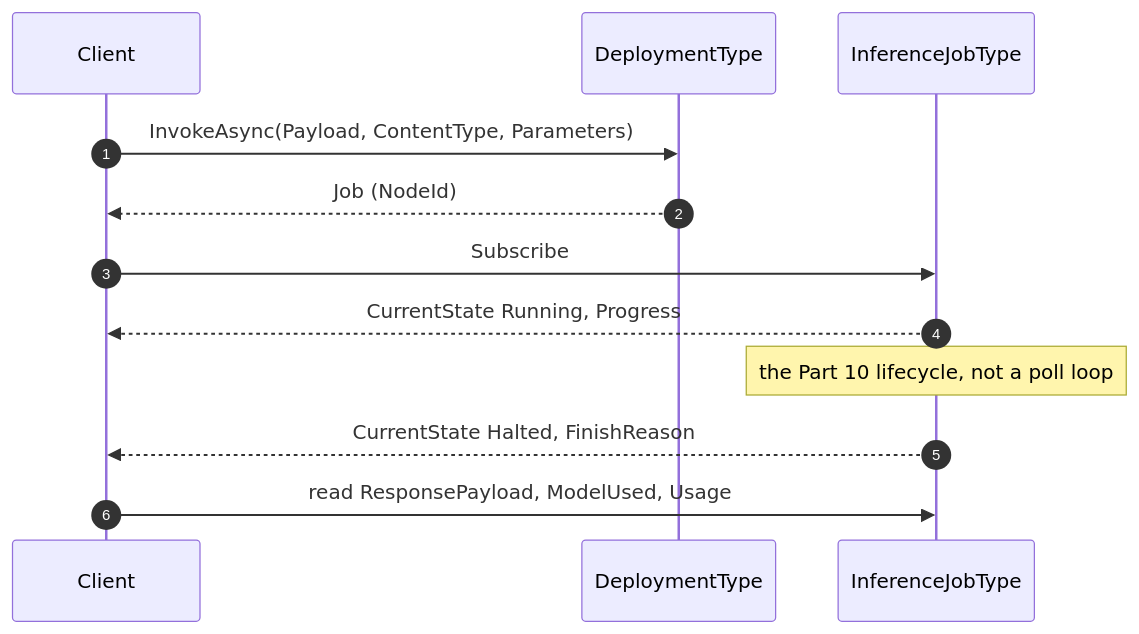
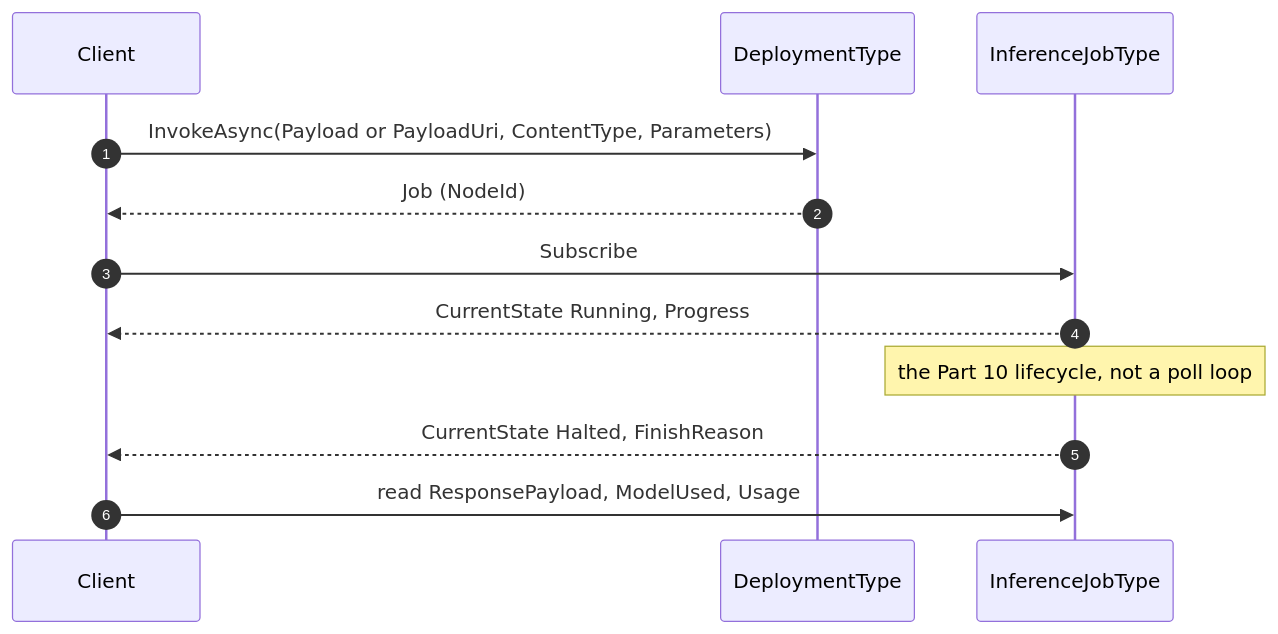
Diagram 13 of 16 in metaverse-specs/ai-model-management/OPC-UA-AI-Model-Management.md (marcschier/opcua-drafts), drawn with Mermaid before and after one commit. The commit also changed other lines of this file and 22 other files, not shown here.

````diff
--- a/metaverse-specs/ai-model-management/OPC-UA-AI-Model-Management.md
+++ b/metaverse-specs/ai-model-management/OPC-UA-AI-Model-Management.md
@@ -741,14 +771,14 @@
 ```mermaid
 sequenceDiagram
     autonumber
     participant C as Client
     participant D as DeploymentType
     participant J as InferenceJobType
-    C->>D: InvokeAsync(Payload, ContentType, Parameters)
+    C->>D: InvokeAsync(Payload or PayloadUri, ContentType, Parameters)
     D-->>C: Job (NodeId)
     C->>J: Subscribe
     J-->>C: CurrentState Running, Progress
     Note over J: the Part 10 lifecycle, not a poll loop
     J-->>C: CurrentState Halted, FinishReason
     C->>J: read ResponsePayload, ModelUsed, Usage
 ```
````
